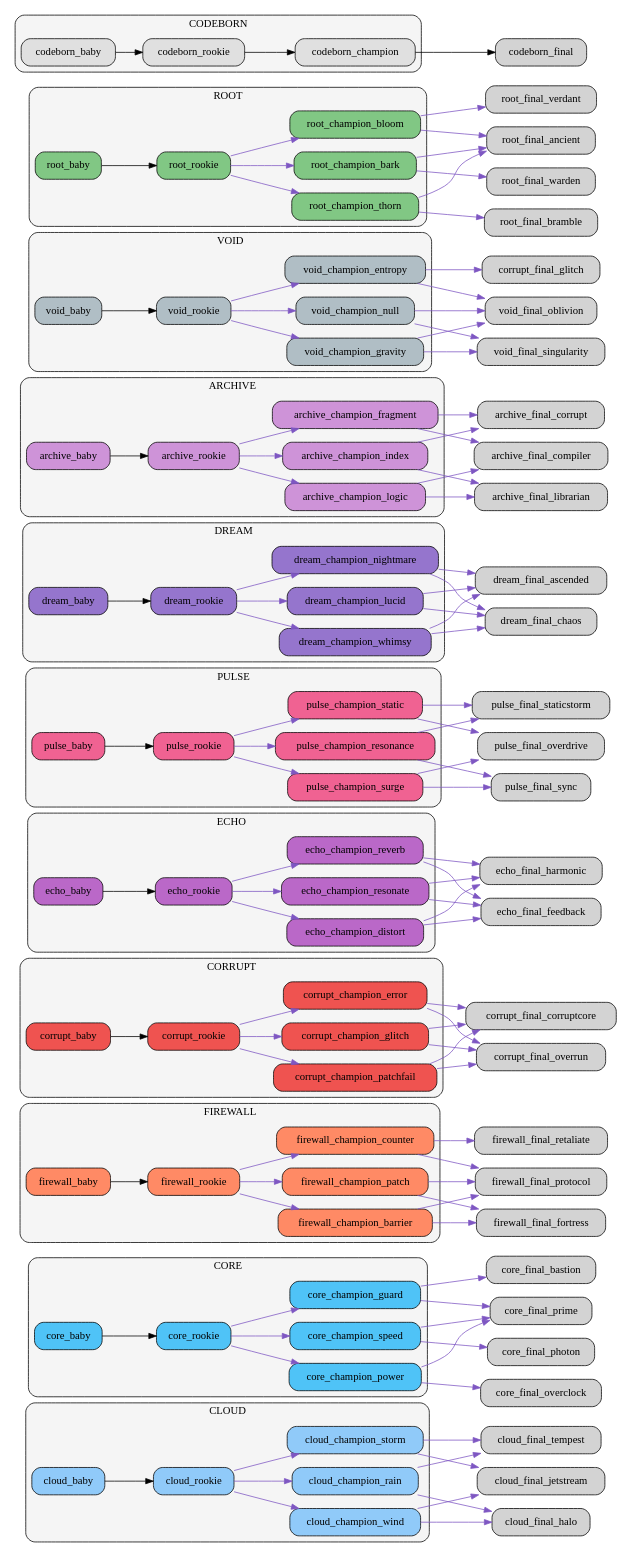
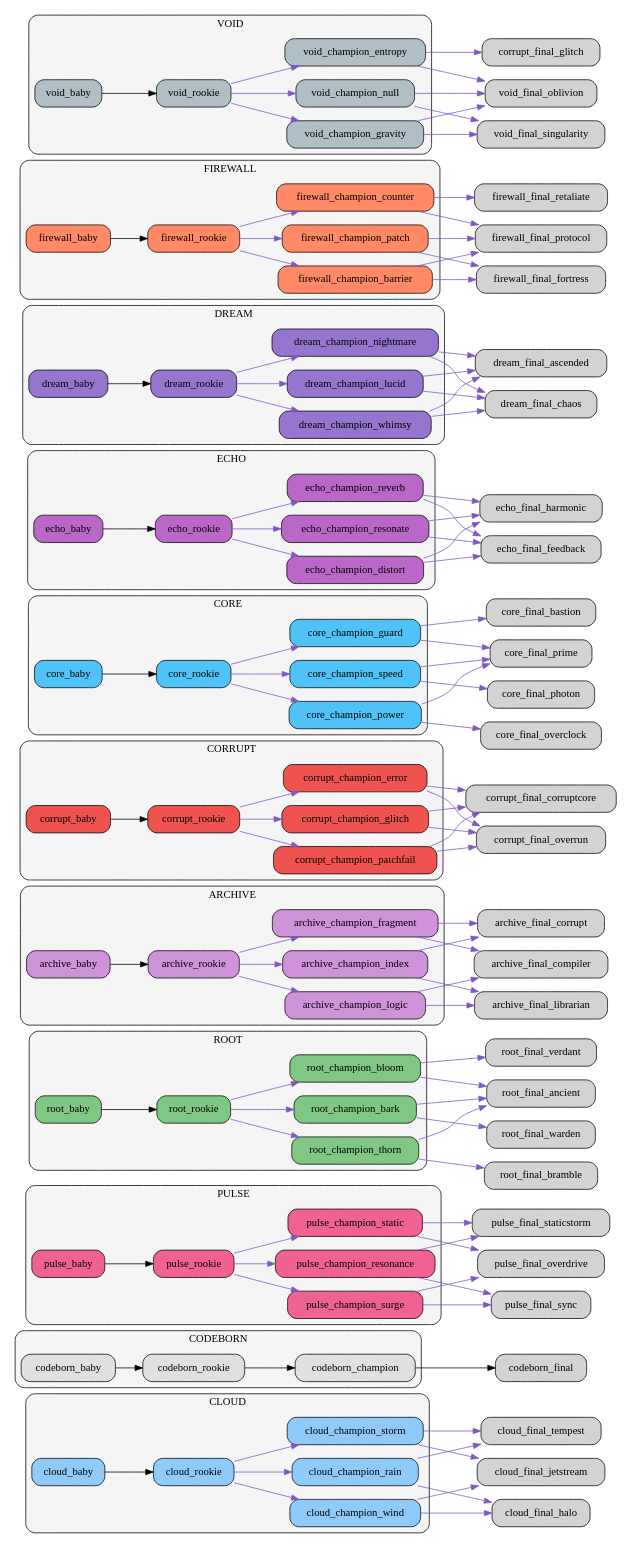
Before and after one commit to bwlight/NetGrid: the diagram in src/netgrid/systems/evolution/graphs/clusters/evolution_clusters.dot, drawn with Graphviz. The commit also changed other lines of this file and 8 other files, not shown here.

Commit message:
Auto-update evolution graphs

```diff
--- a/src/netgrid/systems/evolution/graphs/clusters/evolution_clusters.dot
+++ b/src/netgrid/systems/evolution/graphs/clusters/evolution_clusters.dot
@@ -10,6 +10,49 @@
     "cloud_champion_rain" [fillcolor="#90caf9"];
     "cloud_champion_storm" [fillcolor="#90caf9"];
   }
+  subgraph cluster_codeborn {
+    label="CODEBORN";
+    style="rounded,filled"; fillcolor="#f5f5f5";
+    "codeborn_baby" [fillcolor="#e0e0e0"];
+    "codeborn_rookie" [fillcolor="#e0e0e0"];
+    "codeborn_champion" [fillcolor="#e0e0e0"];
+  }
+  subgraph cluster_pulse {
+    label="PULSE";
+    style="rounded,filled"; fillcolor="#f5f5f5";
+    "pulse_baby" [fillcolor="#f06292"];
+    "pulse_rookie" [fillcolor="#f06292"];
+    "pulse_champion_surge" [fillcolor="#f06292"];
+    "pulse_champion_resonance" [fillcolor="#f06292"];
+    "pulse_champion_static" [fillcolor="#f06292"];
+  }
+  subgraph cluster_root {
+    label="ROOT";
+    style="rounded,filled"; fillcolor="#f5f5f5";
+    "root_baby" [fillcolor="#81c784"];
+    "root_rookie" [fillcolor="#81c784"];
+    "root_champion_thorn" [fillcolor="#81c784"];
+    "root_champion_bloom" [fillcolor="#81c784"];
+    "root_champion_bark" [fillcolor="#81c784"];
+  }
+  subgraph cluster_archive {
+    label="ARCHIVE";
+    style="rounded,filled"; fillcolor="#f5f5f5";
+    "archive_baby" [fillcolor="#ce93d8"];
+    "archive_rookie" [fillcolor="#ce93d8"];
+    "archive_champion_logic" [fillcolor="#ce93d8"];
+    "archive_champion_index" [fillcolor="#ce93d8"];
+    "archive_champion_fragment" [fillcolor="#ce93d8"];
+  }
+  subgraph cluster_corrupt {
+    label="CORRUPT";
+    style="rounded,filled"; fillcolor="#f5f5f5";
+    "corrupt_baby" [fillcolor="#ef5350"];
+    "corrupt_rookie" [fillcolor="#ef5350"];
+    "corrupt_champion_glitch" [fillcolor="#ef5350"];
+    "corrupt_champion_error" [fillcolor="#ef5350"];
+    "corrupt_champion_patchfail" [fillcolor="#ef5350"];
+  }
   subgraph cluster_core {
     label="CORE";
     style="rounded,filled"; fillcolor="#f5f5f5";
@@ -18,6 +61,24 @@
     "core_champion_power" [fillcolor="#4fc3f7"];
     "core_champion_guard" [fillcolor="#4fc3f7"];
     "core_champion_speed" [fillcolor="#4fc3f7"];
+  }
+  subgraph cluster_echo {
+    label="ECHO";
+    style="rounded,filled"; fillcolor="#f5f5f5";
+    "echo_baby" [fillcolor="#ba68c8"];
+    "echo_rookie" [fillcolor="#ba68c8"];
+    "echo_champion_resonate" [fillcolor="#ba68c8"];
+    "echo_champion_reverb" [fillcolor="#ba68c8"];
+    "echo_champion_distort" [fillcolor="#ba68c8"];
+  }
+  subgraph cluster_dream {
+    label="DREAM";
+    style="rounded,filled"; fillcolor="#f5f5f5";
+    "dream_baby" [fillcolor="#9575cd"];
+    "dream_rookie" [fillcolor="#9575cd"];
+    "dream_champion_lucid" [fillcolor="#9575cd"];
+    "dream_champion_nightmare" [fillcolor="#9575cd"];
+    "dream_champion_whimsy" [fillcolor="#9575cd"];
   }
   subgraph cluster_firewall {
     label="FIREWALL";
@@ -28,51 +89,6 @@
     "firewall_champion_counter" [fillcolor="#ff8a65"];
     "firewall_champion_patch" [fillcolor="#ff8a65"];
   }
-  subgraph cluster_corrupt {
-    label="CORRUPT";
-    style="rounded,filled"; fillcolor="#f5f5f5";
-    "corrupt_baby" [fillcolor="#ef5350"];
-    "corrupt_rookie" [fillcolor="#ef5350"];
-    "corrupt_champion_glitch" [fillcolor="#ef5350"];
-    "corrupt_champion_error" [fillcolor="#ef5350"];
-    "corrupt_champion_patchfail" [fillcolor="#ef5350"];
-  }
-  subgraph cluster_echo {
-    label="ECHO";
-    style="rounded,filled"; fillcolor="#f5f5f5";
-    "echo_baby" [fillcolor="#ba68c8"];
-    "echo_rookie" [fillcolor="#ba68c8"];
-    "echo_champion_resonate" [fillcolor="#ba68c8"];
-    "echo_champion_reverb" [fillcolor="#ba68c8"];
-    "echo_champion_distort" [fillcolor="#ba68c8"];
-  }
-  subgraph cluster_pulse {
-    label="PULSE";
-    style="rounded,filled"; fillcolor="#f5f5f5";
-    "pulse_baby" [fillcolor="#f06292"];
-    "pulse_rookie" [fillcolor="#f06292"];
-    "pulse_champion_surge" [fillcolor="#f06292"];
-    "pulse_champion_resonance" [fillcolor="#f06292"];
-    "pulse_champion_static" [fillcolor="#f06292"];
-  }
-  subgraph cluster_dream {
-    label="DREAM";
-    style="rounded,filled"; fillcolor="#f5f5f5";
-    "dream_baby" [fillcolor="#9575cd"];
-    "dream_rookie" [fillcolor="#9575cd"];
-    "dream_champion_lucid" [fillcolor="#9575cd"];
-    "dream_champion_nightmare" [fillcolor="#9575cd"];
-    "dream_champion_whimsy" [fillcolor="#9575cd"];
-  }
-  subgraph cluster_archive {
-    label="ARCHIVE";
-    style="rounded,filled"; fillcolor="#f5f5f5";
-    "archive_baby" [fillcolor="#ce93d8"];
-    "archive_rookie" [fillcolor="#ce93d8"];
-    "archive_champion_logic" [fillcolor="#ce93d8"];
-    "archive_champion_index" [fillcolor="#ce93d8"];
-    "archive_champion_fragment" [fillcolor="#ce93d8"];
-  }
   subgraph cluster_void {
     label="VOID";
     style="rounded,filled"; fillcolor="#f5f5f5";
@@ -81,22 +97,6 @@
     "void_champion_entropy" [fillcolor="#b0bec5"];
     "void_champion_gravity" [fillcolor="#b0bec5"];
     "void_champion_null" [fillcolor="#b0bec5"];
-  }
-  subgraph cluster_root {
-    label="ROOT";
-    style="rounded,filled"; fillcolor="#f5f5f5";
-    "root_baby" [fillcolor="#81c784"];
-    "root_rookie" [fillcolor="#81c784"];
-    "root_champion_thorn" [fillcolor="#81c784"];
-    "root_champion_bloom" [fillcolor="#81c784"];
-    "root_champion_bark" [fillcolor="#81c784"];
-  }
-  subgraph cluster_codeborn {
-    label="CODEBORN";
-    style="rounded,filled"; fillcolor="#f5f5f5";
-    "codeborn_baby" [fillcolor="#e0e0e0"];
-    "codeborn_rookie" [fillcolor="#e0e0e0"];
-    "codeborn_champion" [fillcolor="#e0e0e0"];
   }
   "cloud_baby" -> "cloud_rookie";
   "cloud_rookie" -> "cloud_champion_wind" [color="#7e57c2"];
@@ -108,6 +108,49 @@
   "cloud_champion_rain" -> "cloud_final_tempest" [color="#7e57c2"];
   "cloud_champion_storm" -> "cloud_final_tempest" [color="#7e57c2"];
   "cloud_champion_storm" -> "cloud_final_jetstream" [color="#7e57c2"];
+  "codeborn_baby" -> "codeborn_rookie";
+  "codeborn_rookie" -> "codeborn_champion";
+  "codeborn_champion" -> "codeborn_final";
+  "pulse_baby" -> "pulse_rookie";
+  "pulse_rookie" -> "pulse_champion_surge" [color="#7e57c2"];
+  "pulse_rookie" -> "pulse_champion_resonance" [color="#7e57c2"];
+  "pulse_rookie" -> "pulse_champion_static" [color="#7e57c2"];
+  "pulse_champion_surge" -> "pulse_final_overdrive" [color="#7e57c2"];
+  "pulse_champion_surge" -> "pulse_final_sync" [color="#7e57c2"];
+  "pulse_champion_resonance" -> "pulse_final_sync" [color="#7e57c2"];
+  "pulse_champion_resonance" -> "pulse_final_staticstorm" [color="#7e57c2"];
+  "pulse_champion_static" -> "pulse_final_staticstorm" [color="#7e57c2"];
+  "pulse_champion_static" -> "pulse_final_overdrive" [color="#7e57c2"];
+  "root_baby" -> "root_rookie";
+  "root_rookie" -> "root_champion_thorn" [color="#7e57c2"];
+  "root_rookie" -> "root_champion_bloom" [color="#7e57c2"];
+  "root_rookie" -> "root_champion_bark" [color="#7e57c2"];
+  "root_champion_thorn" -> "root_final_bramble" [color="#7e57c2"];
+  "root_champion_thorn" -> "root_final_ancient" [color="#7e57c2"];
+  "root_champion_bloom" -> "root_final_ancient" [color="#7e57c2"];
+  "root_champion_bloom" -> "root_final_verdant" [color="#7e57c2"];
+  "root_champion_bark" -> "root_final_warden" [color="#7e57c2"];
+  "root_champion_bark" -> "root_final_ancient" [color="#7e57c2"];
+  "archive_baby" -> "archive_rookie";
+  "archive_rookie" -> "archive_champion_logic" [color="#7e57c2"];
+  "archive_rookie" -> "archive_champion_index" [color="#7e57c2"];
+  "archive_rookie" -> "archive_champion_fragment" [color="#7e57c2"];
+  "archive_champion_logic" -> "archive_final_compiler" [color="#7e57c2"];
+  "archive_champion_logic" -> "archive_final_librarian" [color="#7e57c2"];
+  "archive_champion_index" -> "archive_final_librarian" [color="#7e57c2"];
+  "archive_champion_index" -> "archive_final_corrupt" [color="#7e57c2"];
+  "archive_champion_fragment" -> "archive_final_corrupt" [color="#7e57c2"];
+  "archive_champion_fragment" -> "archive_final_compiler" [color="#7e57c2"];
+  "corrupt_baby" -> "corrupt_rookie";
+  "corrupt_rookie" -> "corrupt_champion_glitch" [color="#7e57c2"];
+  "corrupt_rookie" -> "corrupt_champion_error" [color="#7e57c2"];
+  "corrupt_rookie" -> "corrupt_champion_patchfail" [color="#7e57c2"];
+  "corrupt_champion_glitch" -> "corrupt_final_corruptcore" [color="#7e57c2"];
+  "corrupt_champion_glitch" -> "corrupt_final_overrun" [color="#7e57c2"];
+  "corrupt_champion_error" -> "corrupt_final_overrun" [color="#7e57c2"];
+  "corrupt_champion_error" -> "corrupt_final_corruptcore" [color="#7e57c2"];
+  "corrupt_champion_patchfail" -> "corrupt_final_corruptcore" [color="#7e57c2"];
+  "corrupt_champion_patchfail" -> "corrupt_final_overrun" [color="#7e57c2"];
   "core_baby" -> "core_rookie";
   "core_rookie" -> "core_champion_power" [color="#7e57c2"];
   "core_rookie" -> "core_champion_guard" [color="#7e57c2"];
@@ -118,6 +161,26 @@
   "core_champion_guard" -> "core_final_prime" [color="#7e57c2"];
   "core_champion_speed" -> "core_final_photon" [color="#7e57c2"];
   "core_champion_speed" -> "core_final_prime" [color="#7e57c2"];
+  "echo_baby" -> "echo_rookie";
+  "echo_rookie" -> "echo_champion_resonate" [color="#7e57c2"];
+  "echo_rookie" -> "echo_champion_reverb" [color="#7e57c2"];
+  "echo_rookie" -> "echo_champion_distort" [color="#7e57c2"];
+  "echo_champion_resonate" -> "echo_final_harmonic" [color="#7e57c2"];
+  "echo_champion_resonate" -> "echo_final_feedback" [color="#7e57c2"];
+  "echo_champion_reverb" -> "echo_final_feedback" [color="#7e57c2"];
+  "echo_champion_reverb" -> "echo_final_harmonic" [color="#7e57c2"];
+  "echo_champion_distort" -> "echo_final_feedback" [color="#7e57c2"];
+  "echo_champion_distort" -> "echo_final_harmonic" [color="#7e57c2"];
+  "dream_baby" -> "dream_rookie";
+  "dream_rookie" -> "dream_champion_lucid" [color="#7e57c2"];
+  "dream_rookie" -> "dream_champion_nightmare" [color="#7e57c2"];
+  "dream_rookie" -> "dream_champion_whimsy" [color="#7e57c2"];
+  "dream_champion_lucid" -> "dream_final_ascended" [color="#7e57c2"];
+  "dream_champion_lucid" -> "dream_final_chaos" [color="#7e57c2"];
+  "dream_champion_nightmare" -> "dream_final_chaos" [color="#7e57c2"];
+  "dream_champion_nightmare" -> "dream_final_ascended" [color="#7e57c2"];
+  "dream_champion_whimsy" -> "dream_final_ascended" [color="#7e57c2"];
+  "dream_champion_whimsy" -> "dream_final_chaos" [color="#7e57c2"];
   "firewall_baby" -> "firewall_rookie";
   "firewall_rookie" -> "firewall_champion_barrier" [color="#7e57c2"];
   "firewall_rookie" -> "firewall_champion_counter" [color="#7e57c2"];
@@ -128,56 +191,6 @@
   "firewall_champion_counter" -> "firewall_final_protocol" [color="#7e57c2"];
   "firewall_champion_patch" -> "firewall_final_protocol" [color="#7e57c2"];
   "firewall_champion_patch" -> "firewall_final_fortress" [color="#7e57c2"];
-  "corrupt_baby" -> "corrupt_rookie";
-  "corrupt_rookie" -> "corrupt_champion_glitch" [color="#7e57c2"];
-  "corrupt_rookie" -> "corrupt_champion_error" [color="#7e57c2"];
-  "corrupt_rookie" -> "corrupt_champion_patchfail" [color="#7e57c2"];
-  "corrupt_champion_glitch" -> "corrupt_final_corruptcore" [color="#7e57c2"];
-  "corrupt_champion_glitch" -> "corrupt_final_overrun" [color="#7e57c2"];
-  "corrupt_champion_error" -> "corrupt_final_overrun" [color="#7e57c2"];
-  "corrupt_champion_error" -> "corrupt_final_corruptcore" [color="#7e57c2"];
-  "corrupt_champion_patchfail" -> "corrupt_final_corruptcore" [color="#7e57c2"];
-  "corrupt_champion_patchfail" -> "corrupt_final_overrun" [color="#7e57c2"];
-  "echo_baby" -> "echo_rookie";
-  "echo_rookie" -> "echo_champion_resonate" [color="#7e57c2"];
-  "echo_rookie" -> "echo_champion_reverb" [color="#7e57c2"];
-  "echo_rookie" -> "echo_champion_distort" [color="#7e57c2"];
-  "echo_champion_resonate" -> "echo_final_harmonic" [color="#7e57c2"];
-  "echo_champion_resonate" -> "echo_final_feedback" [color="#7e57c2"];
-  "echo_champion_reverb" -> "echo_final_feedback" [color="#7e57c2"];
-  "echo_champion_reverb" -> "echo_final_harmonic" [color="#7e57c2"];
-  "echo_champion_distort" -> "echo_final_feedback" [color="#7e57c2"];
-  "echo_champion_distort" -> "echo_final_harmonic" [color="#7e57c2"];
-  "pulse_baby" -> "pulse_rookie";
-  "pulse_rookie" -> "pulse_champion_surge" [color="#7e57c2"];
-  "pulse_rookie" -> "pulse_champion_resonance" [color="#7e57c2"];
-  "pulse_rookie" -> "pulse_champion_static" [color="#7e57c2"];
-  "pulse_champion_surge" -> "pulse_final_overdrive" [color="#7e57c2"];
-  "pulse_champion_surge" -> "pulse_final_sync" [color="#7e57c2"];
-  "pulse_champion_resonance" -> "pulse_final_sync" [color="#7e57c2"];
-  "pulse_champion_resonance" -> "pulse_final_staticstorm" [color="#7e57c2"];
-  "pulse_champion_static" -> "pulse_final_staticstorm" [color="#7e57c2"];
-  "pulse_champion_static" -> "pulse_final_overdrive" [color="#7e57c2"];
-  "dream_baby" -> "dream_rookie";
-  "dream_rookie" -> "dream_champion_lucid" [color="#7e57c2"];
-  "dream_rookie" -> "dream_champion_nightmare" [color="#7e57c2"];
-  "dream_rookie" -> "dream_champion_whimsy" [color="#7e57c2"];
-  "dream_champion_lucid" -> "dream_final_ascended" [color="#7e57c2"];
-  "dream_champion_lucid" -> "dream_final_chaos" [color="#7e57c2"];
-  "dream_champion_nightmare" -> "dream_final_chaos" [color="#7e57c2"];
-  "dream_champion_nightmare" -> "dream_final_ascended" [color="#7e57c2"];
-  "dream_champion_whimsy" -> "dream_final_ascended" [color="#7e57c2"];
-  "dream_champion_whimsy" -> "dream_final_chaos" [color="#7e57c2"];
-  "archive_baby" -> "archive_rookie";
-  "archive_rookie" -> "archive_champion_logic" [color="#7e57c2"];
-  "archive_rookie" -> "archive_champion_index" [color="#7e57c2"];
-  "archive_rookie" -> "archive_champion_fragment" [color="#7e57c2"];
-  "archive_champion_logic" -> "archive_final_compiler" [color="#7e57c2"];
-  "archive_champion_logic" -> "archive_final_librarian" [color="#7e57c2"];
-  "archive_champion_index" -> "archive_final_librarian" [color="#7e57c2"];
-  "archive_champion_index" -> "archive_final_corrupt" [color="#7e57c2"];
-  "archive_champion_fragment" -> "archive_final_corrupt" [color="#7e57c2"];
-  "archive_champion_fragment" -> "archive_final_compiler" [color="#7e57c2"];
   "void_baby" -> "void_rookie";
   "void_rookie" -> "void_champion_entropy" [color="#7e57c2"];
   "void_rookie" -> "void_champion_gravity" [color="#7e57c2"];
@@ -188,17 +201,4 @@
   "void_champion_gravity" -> "void_final_oblivion" [color="#7e57c2"];
   "void_champion_null" -> "void_final_oblivion" [color="#7e57c2"];
   "void_champion_null" -> "void_final_singularity" [color="#7e57c2"];
-  "root_baby" -> "root_rookie";
-  "root_rookie" -> "root_champion_thorn" [color="#7e57c2"];
-  "root_rookie" -> "root_champion_bloom" [color="#7e57c2"];
-  "root_rookie" -> "root_champion_bark" [color="#7e57c2"];
-  "root_champion_thorn" -> "root_final_bramble" [color="#7e57c2"];
-  "root_champion_thorn" -> "root_final_ancient" [color="#7e57c2"];
-  "root_champion_bloom" -> "root_final_ancient" [color="#7e57c2"];
-  "root_champion_bloom" -> "root_final_verdant" [color="#7e57c2"];
-  "root_champion_bark" -> "root_final_warden" [color="#7e57c2"];
-  "root_champion_bark" -> "root_final_ancient" [color="#7e57c2"];
-  "codeborn_baby" -> "codeborn_rookie";
-  "codeborn_rookie" -> "codeborn_champion";
-  "codeborn_champion" -> "codeborn_final";
 }
```
